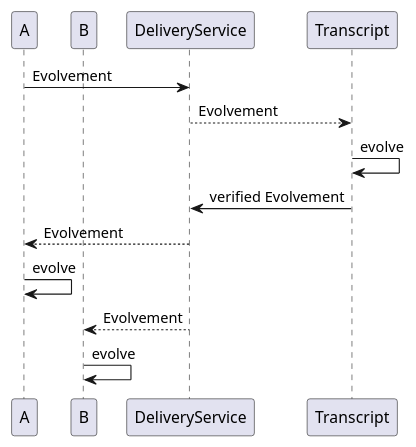
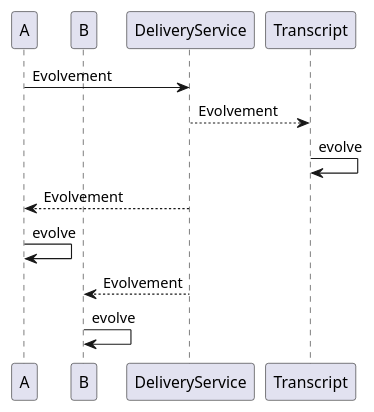
The diagram in documentation/src/concepts/evolving_identity.md (phnx-im/hpi-evolving-identity), drawn with PlantUML before and after one commit. The commit also changed other lines of this file and 2 other files, not shown here.

````diff
--- a/documentation/src/concepts/evolving_identity.md
+++ b/documentation/src/concepts/evolving_identity.md
@@ -16,18 +16,17 @@
 ```plantuml
 @startuml
 participant A order 1
 participant B order 2
 participant DeliveryService order 3
 participant Transcript order 4
 
 A -> DeliveryService : Evolvement
 DeliveryService --> Transcript: Evolvement
 Transcript -> Transcript: evolve
-Transcript -> DeliveryService: verified Evolvement
 DeliveryService --> A: Evolvement
 A -> A : evolve
 DeliveryService --> B: Evolvement
 B -> B: evolve
 
 @enduml
 ```
````
